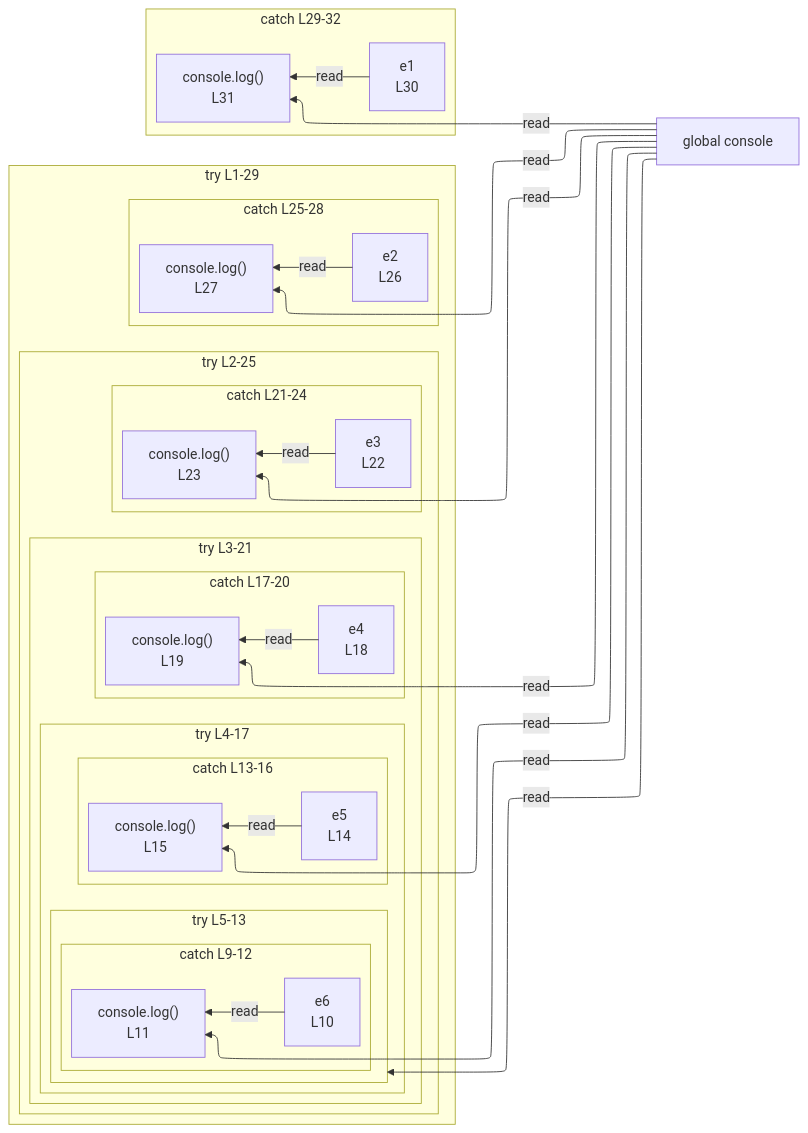
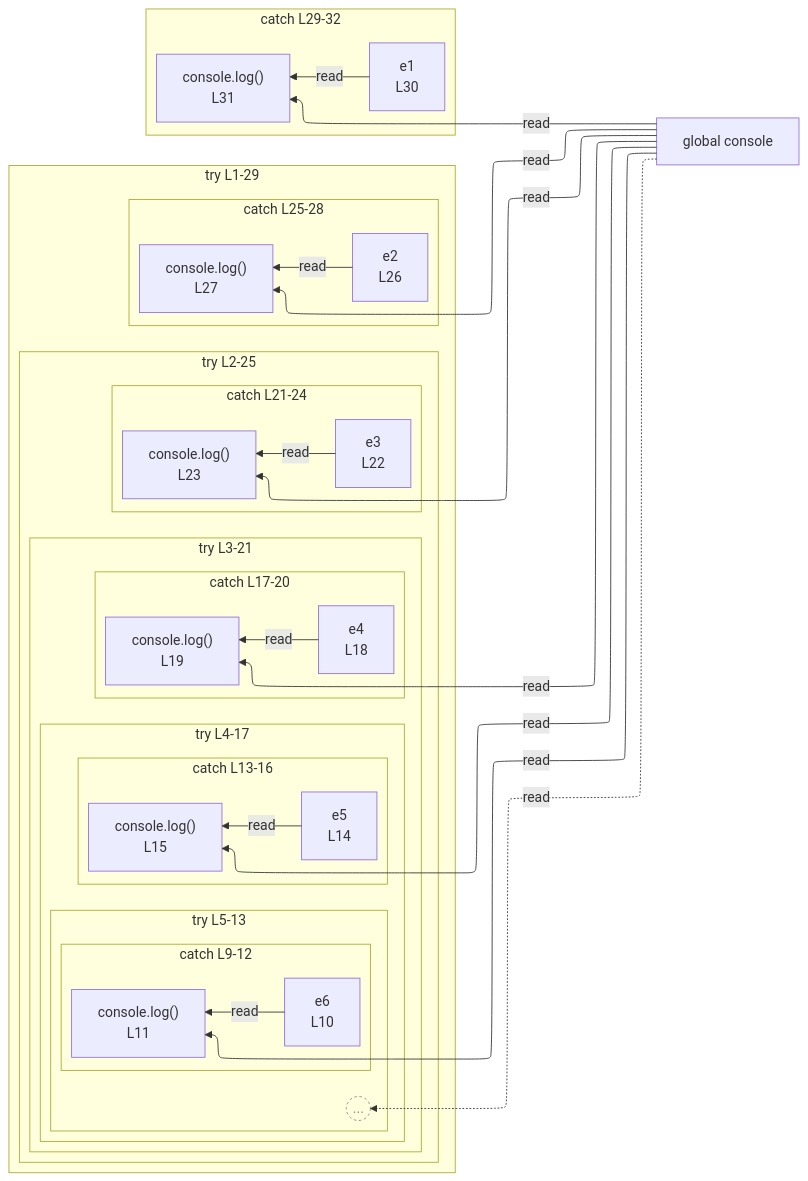
Before and after one commit to crescware/unsnarl: the diagram in integration/fixtures/app-behavior/depth/try-catch-finally/depth-5/preview.md, drawn with Mermaid. The commit also changed 72 other files, not shown here.

First line of the commit message:
Render anonymous collapsed scopes as a BeyondDepth `((...))` stub

````diff
--- a/integration/fixtures/app-behavior/depth/try-catch-finally/depth-5/preview.md
+++ b/integration/fixtures/app-behavior/depth/try-catch-finally/depth-5/preview.md
@@ -42,63 +42,66 @@
 ```mermaid
 %%{init: {"flowchart": {"defaultRenderer": "elk"}}}%%
 flowchart RL
   n_scope_0_console_103["global console"]
   subgraph s_scope_1["try L1-29"]
     direction RL
     subgraph s_scope_2["try L2-25"]
       direction RL
       subgraph s_scope_3["try L3-21"]
         direction RL
         subgraph s_scope_4["try L4-17"]
           direction RL
           subgraph s_scope_5["try L5-13"]
             direction RL
+            beyond_depth_s_scope_5((...))
             subgraph s_scope_7["catch L9-12"]
               direction RL
               n_scope_7_e6_157["e6<br/>L10"]
               expr_stmt_180["console.log()<br/>L11"]
             end
           end
           subgraph s_scope_8["catch L13-16"]
             direction RL
             n_scope_8_e5_243["e5<br/>L14"]
             expr_stmt_264["console.log()<br/>L15"]
           end
         end
         subgraph s_scope_9["catch L17-20"]
           direction RL
           n_scope_9_e4_321["e4<br/>L18"]
           expr_stmt_340["console.log()<br/>L19"]
         end
       end
       subgraph s_scope_10["catch L21-24"]
         direction RL
         n_scope_10_e3_391["e3<br/>L22"]
         expr_stmt_408["console.log()<br/>L23"]
       end
     end
     subgraph s_scope_11["catch L25-28"]
       direction RL
       n_scope_11_e2_453["e2<br/>L26"]
       expr_stmt_468["console.log()<br/>L27"]
     end
   end
   subgraph s_scope_12["catch L29-32"]
     direction RL
     n_scope_12_e1_507["e1<br/>L30"]
     expr_stmt_520["console.log()<br/>L31"]
   end
-  n_scope_0_console_103 -->|read| s_scope_5
+  n_scope_0_console_103 -.->|read| beyond_depth_s_scope_5
   n_scope_0_console_103 -->|read| expr_stmt_180
   n_scope_7_e6_157 -->|read| expr_stmt_180
   n_scope_0_console_103 -->|read| expr_stmt_264
   n_scope_8_e5_243 -->|read| expr_stmt_264
   n_scope_0_console_103 -->|read| expr_stmt_340
   n_scope_9_e4_321 -->|read| expr_stmt_340
   n_scope_0_console_103 -->|read| expr_stmt_408
   n_scope_10_e3_391 -->|read| expr_stmt_408
   n_scope_0_console_103 -->|read| expr_stmt_468
   n_scope_11_e2_453 -->|read| expr_stmt_468
   n_scope_0_console_103 -->|read| expr_stmt_520
   n_scope_12_e1_507 -->|read| expr_stmt_520
+  classDef boundaryStub fill:transparent,stroke:#888,stroke-dasharray:3 3,color:#888;
+  class beyond_depth_s_scope_5 boundaryStub;
 ```
````
